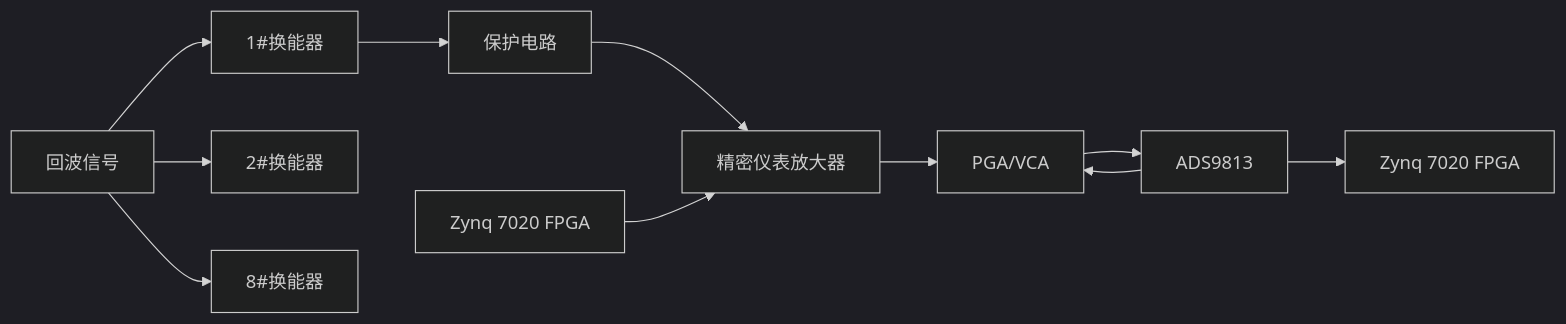
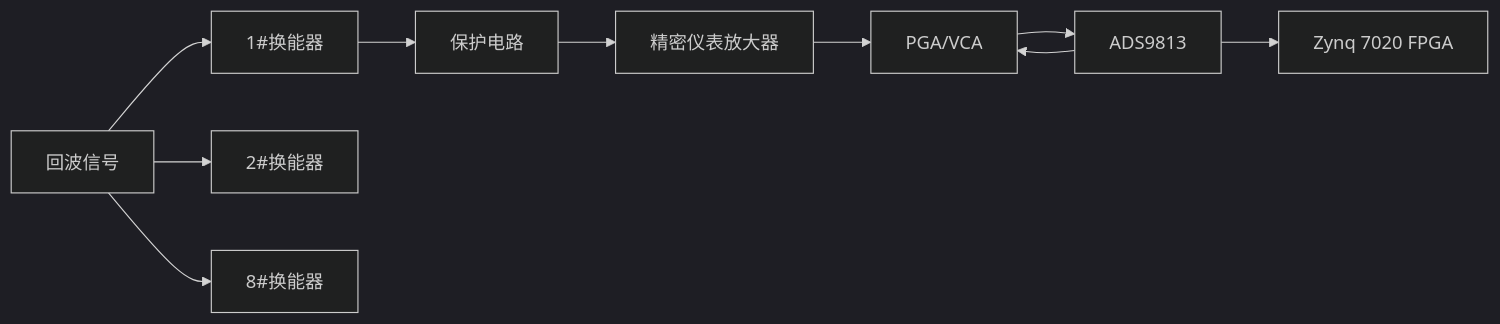
The diagram in all/多通道同步采集-1.md (Rukawa15/iodraw-files), drawn with Mermaid (dark theme) before and after one commit.

Commit message:
2025-06-19 14:05:44 update

````diff
--- a/all/多通道同步采集-1.md
+++ b/all/多通道同步采集-1.md
@@ -1,16 +1,16 @@
 ```mermaid
 graph LR
 A[回波信号]
 A --> B1[1#换能器]
 A --> B2[2#换能器]
 A --> B8[8#换能器]
 B1 --> C[保护电路]
 
 C --> D[精密仪表放大器] 
 D --> E[PGA/VCA] 
 E --> F[ADS9813] 
 F --> G[Zynq 7020 FPGA]
-H[Zynq 7020 FPGA] --> D
+
 F --> E
 
 ```
````
